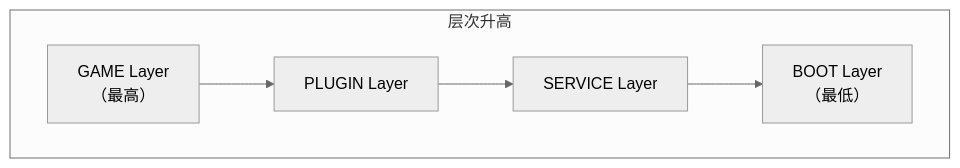
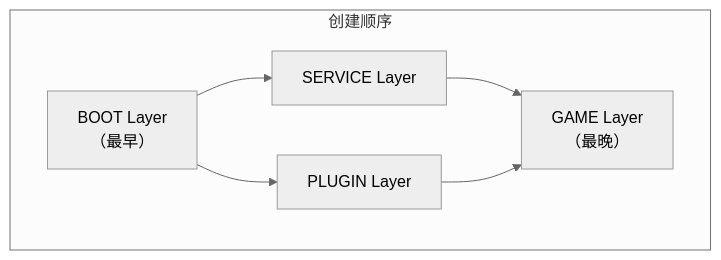
The diagram in docs/coremod/game-layer.md (vfyjxf/CirrusDocs), drawn with Mermaid (neutral theme) before and after one commit. The commit also changed other lines of this file and 1 other file, not shown here.

Commit message:
fix: 修正 Module Layer 结构、Groovy 高亮、标题命名及 base 路径
- game-layer: 修正 PLUGIN/SERVICE parent 关系，两者均为 BOOT 子层
- 1.20.6~1.21.8: gradle 代码块改为 groovy，标题改为 API 与机制 / 项目实战
- config.ts: 添加 Groovy 高亮语言支持及 base 路径修复
- README: 精简为项目介绍和本地开发指引
- deploy.yml: 改用 peaceiris/actions-gh-pages 推送到 gh-pages 分支

````diff
--- a/docs/coremod/game-layer.md
+++ b/docs/coremod/game-layer.md
@@ -11,12 +11,13 @@
 ```mermaid
 flowchart TD
-    subgraph 层次升高
-        GAME["GAME Layer<br/>（最高）"]
+    subgraph 创建顺序
+        BOOT["BOOT Layer<br/>（最早）"]
+        SERVICE["SERVICE Layer"]
         PLUGIN["PLUGIN Layer"]
-        SERVICE["SERVICE Layer"]
-        BOOT["BOOT Layer<br/>（最低）"]
+        GAME["GAME Layer<br/>（最晚）"]
     end
-    GAME --> PLUGIN
-    PLUGIN --> SERVICE
-    SERVICE --> BOOT
+    BOOT --> SERVICE
+    BOOT --> PLUGIN
+    SERVICE --> GAME
+    PLUGIN --> GAME
 ```
````
